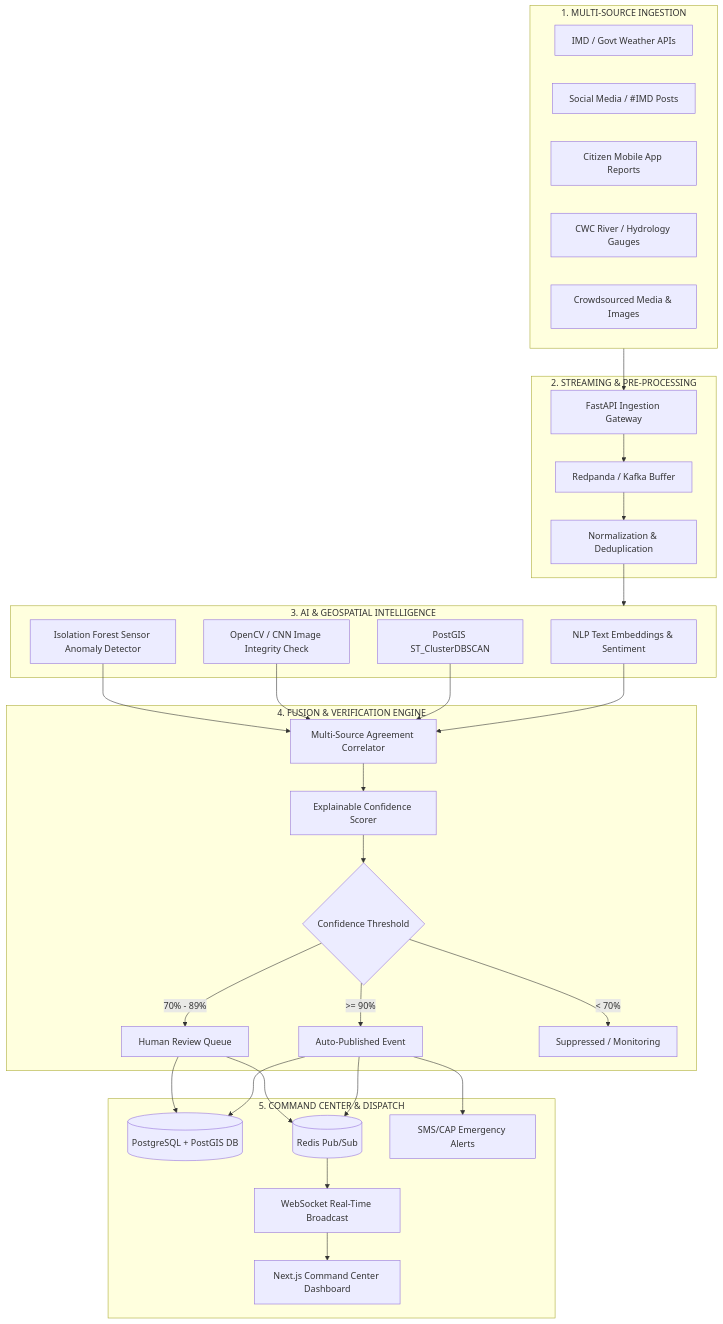
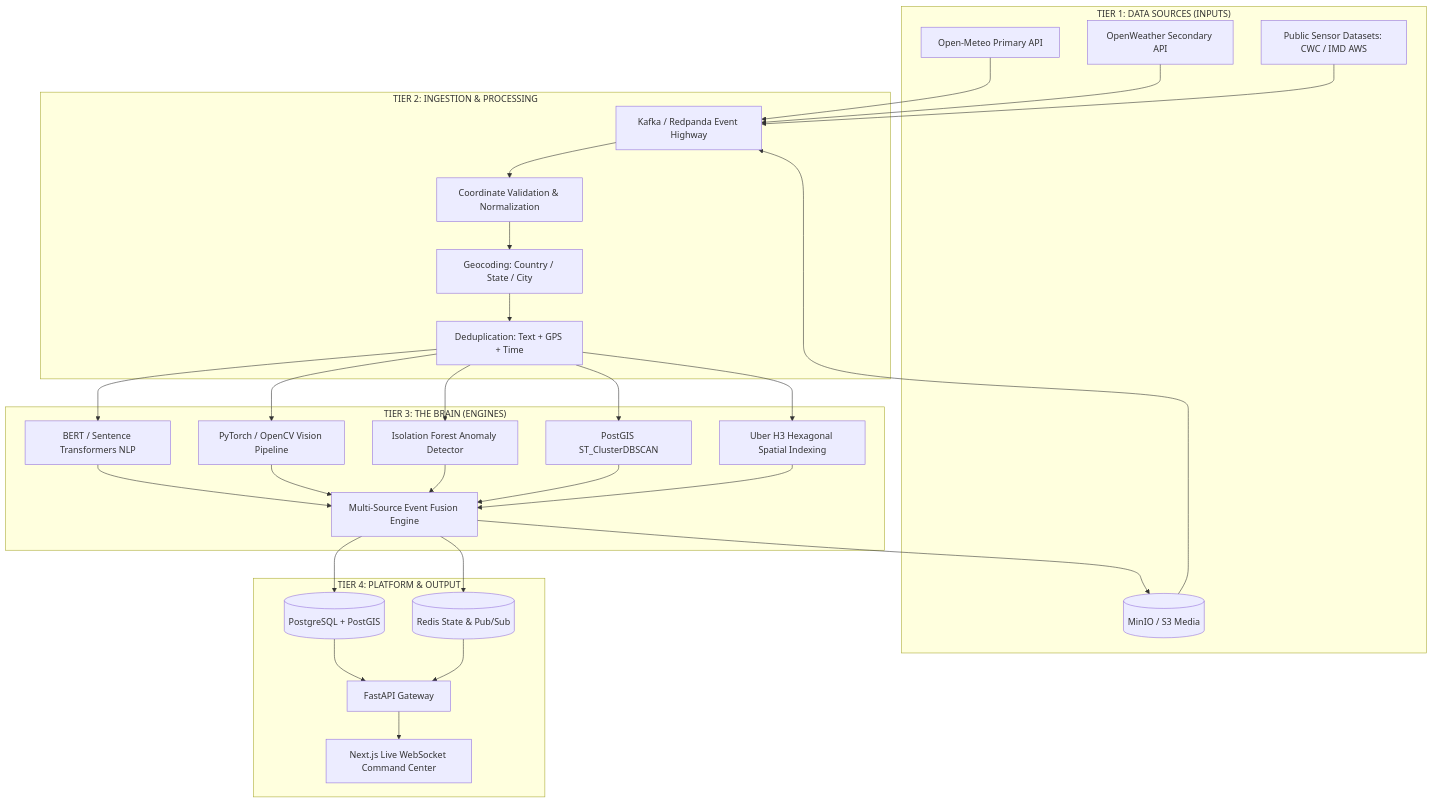
The diagram in docs/ARCHITECTURE.md (SabaSaiid/INDRA), drawn with Mermaid before and after one commit. The commit also changed other lines of this file and 5 other files, not shown here.

````diff
--- a/docs/ARCHITECTURE.md
+++ b/docs/ARCHITECTURE.md
@@ -16,46 +60,40 @@
 ```mermaid
 flowchart TD
-    subgraph S1["1. MULTI-SOURCE INGESTION"]
-        A1[IMD / Govt Weather APIs]
-        A2[Social Media / #IMD Posts]
-        A3[Citizen Mobile App Reports]
-        A4[CWC River / Hydrology Gauges]
-        A5[Crowdsourced Media & Images]
+    subgraph TIER1["TIER 1: DATA SOURCES (INPUTS)"]
+        S1[Open-Meteo Primary API]
+        S2[OpenWeather Secondary API]
+        S3[Citizen Mobile PWA: GPS + Camera]
+        S4[Public Sensor Datasets: CWC / IMD AWS]
     end
 
-    subgraph S2["2. STREAMING & PRE-PROCESSING"]
-        B1[FastAPI Ingestion Gateway]
-        B2[Redpanda / Kafka Buffer]
-        B3[Normalization & Deduplication]
+    subgraph TIER2["TIER 2: INGESTION & PROCESSING"]
+        K1[Kafka / Redpanda Event Highway]
+        V1[Coordinate Validation & Normalization]
+        V2[Geocoding: Country / State / City]
+        V3[Deduplication: Text + GPS + Time]
     end
 
-    subgraph S3["3. AI & GEOSPATIAL INTELLIGENCE"]
-        C1[NLP Text Embeddings & Sentiment]
-        C2[PostGIS ST_ClusterDBSCAN]
-        C3[OpenCV / CNN Image Integrity Check]
-        C4[Isolation Forest Sensor Anomaly Detector]
+    subgraph TIER3["TIER 3: THE BRAIN (ENGINES)"]
+        AI1[BERT / Sentence Transformers NLP]
+        AI2[PyTorch / OpenCV Vision Pipeline]
+        AI3[Isolation Forest Anomaly Detector]
+        GEO1[PostGIS ST_ClusterDBSCAN]
+        GEO2[Uber H3 Hexagonal Spatial Indexing]
+        FUS[Multi-Source Event Fusion Engine]
     end
 
-    subgraph S4["4. FUSION & VERIFICATION ENGINE"]
-        D1[Multi-Source Agreement Correlator]
-        D2[Explainable Confidence Scorer]
-        D3{Confidence Threshold}
-        D3 -- ">= 90%" --> D4[Auto-Published Event]
-        D3 -- "70% - 89%" --> D5[Human Review Queue]
-        D3 -- "< 70%" --> D6[Suppressed / Monitoring]
+    subgraph TIER4["TIER 4: PLATFORM & OUTPUT"]
+        DB[(PostgreSQL + PostGIS)]
+        RD[(Redis State & Pub/Sub)]
+        S3[(MinIO / S3 Media)]
+        API[FastAPI Gateway]
+        UI[Next.js Live WebSocket Command Center]
     end
 
-    subgraph S5["5. COMMAND CENTER & DISPATCH"]
-        E1[(PostgreSQL + PostGIS DB)]
-        E2[(Redis Pub/Sub)]
-        E3[WebSocket Real-Time Broadcast]
-        E4[Next.js Command Center Dashboard]
-        E5[SMS/CAP Emergency Alerts]
-    end
-
-    S1 --> B1 --> B2 --> B3 --> S3
-    C1 & C2 & C3 & C4 --> D1 --> D2 --> D3
-    D4 & D5 --> E1
-    D4 & D5 --> E2 --> E3 --> E4
-    D4 --> E5
+    S1 & S2 & S3 & S4 --> K1
+    K1 --> V1 --> V2 --> V3
+    V3 --> AI1 & AI2 & AI3 & GEO1 & GEO2
+    AI1 & AI2 & AI3 & GEO1 & GEO2 --> FUS
+    FUS --> DB & RD & S3
+    DB & RD --> API --> UI
 ```
````
